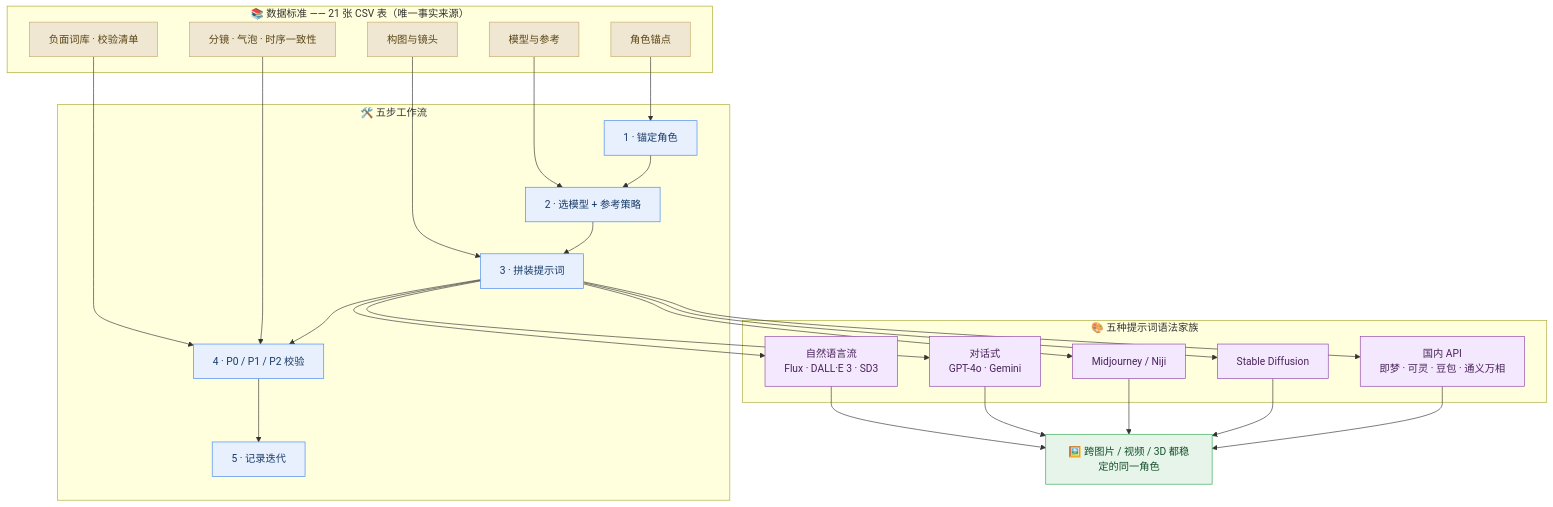
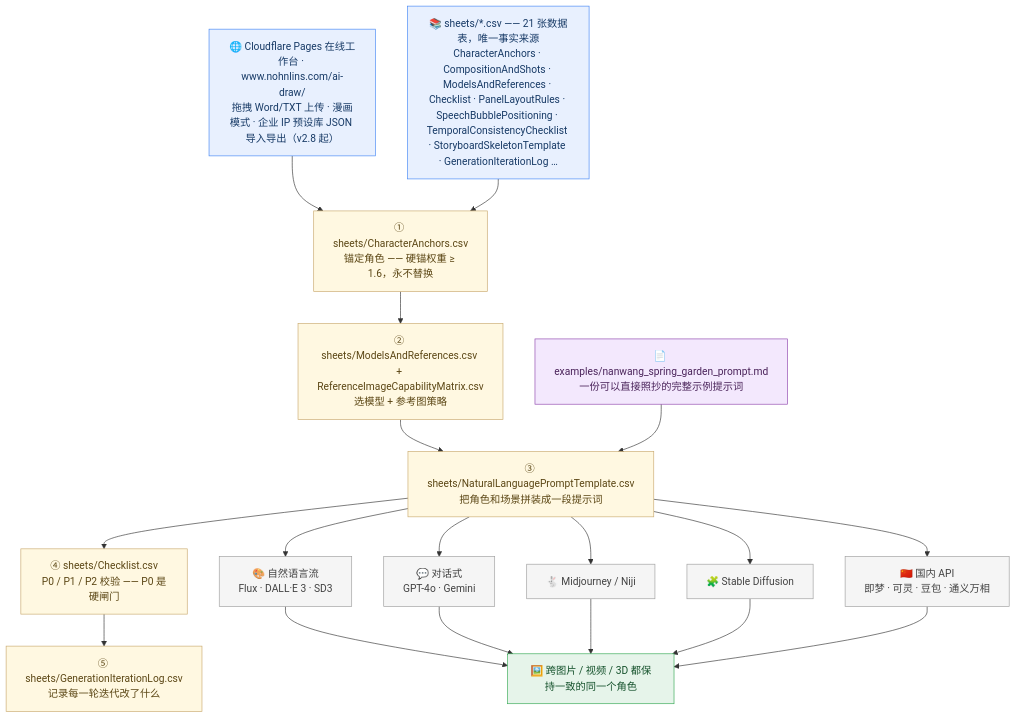
Before and after one commit to NOHN-AI/ai-draw: the diagram in README-zh.md, drawn with Mermaid. The commit also changed other lines of this file and 1 other file, not shown here.

Commit message:
docs: redraw architecture as a module-level flowchart (EN+ZH)

````diff
--- a/README-zh.md
+++ b/README-zh.md
@@ -35,57 +35,49 @@
 ```mermaid
 flowchart TB
-    subgraph DATA["📚 数据标准 —— 21 张 CSV 表（唯一事实来源）"]
-        D1["角色锚点"]
-        D2["构图与镜头"]
-        D3["模型与参考"]
-        D4["负面词库 · 校验清单"]
-        D5["分镜 · 气泡 · 时序一致性"]
-    end
+    WB["🌐 Cloudflare Pages 在线工作台 · www.nohnlins.com/ai-draw/<br/>拖拽 Word/TXT 上传 · 漫画模式 · 企业 IP 预设库 JSON 导入导出（v2.8 起）"]
+    DATA["📚 sheets/*.csv —— 21 张数据表，唯一事实来源<br/>CharacterAnchors · CompositionAndShots · ModelsAndReferences · Checklist · PanelLayoutRules · SpeechBubblePositioning · TemporalConsistencyChecklist · StoryboardSkeletonTemplate · GenerationIterationLog …"]
 
-    subgraph FLOW["🛠️ 五步工作流"]
-        S1["1 · 锚定角色"]
-        S2["2 · 选模型 + 参考策略"]
-        S3["3 · 拼装提示词"]
-        S4["4 · P0 / P1 / P2 校验"]
-        S5["5 · 记录迭代"]
-    end
+    S1["① sheets/CharacterAnchors.csv<br/>锚定角色 —— 硬锚权重 ≥ 1.6，永不替换"]
+    S2["② sheets/ModelsAndReferences.csv + ReferenceImageCapabilityMatrix.csv<br/>选模型 + 参考图策略"]
+    S3["③ sheets/NaturalLanguagePromptTemplate.csv<br/>把角色和场景拼装成一段提示词"]
+    S4["④ sheets/Checklist.csv<br/>P0 / P1 / P2 校验 —— P0 是硬闸门"]
+    S5["⑤ sheets/GenerationIterationLog.csv<br/>记录每一轮迭代改了什么"]
 
-    subgraph FAM["🎨 五种提示词语法家族"]
-        M1["自然语言流<br/>Flux · DALL·E 3 · SD3"]
-        M2["对话式<br/>GPT-4o · Gemini"]
-        M3["Midjourney / Niji"]
-        M4["Stable Diffusion"]
-        M5["国内 API<br/>即梦 · 可灵 · 豆包 · 通义万相"]
-    end
+    M1["🎨 自然语言流<br/>Flux · DALL·E 3 · SD3"]
+    M2["💬 对话式<br/>GPT-4o · Gemini"]
+    M3["🐇 Midjourney / Niji"]
+    M4["🧩 Stable Diffusion"]
+    M5["🇨🇳 国内 API<br/>即梦 · 可灵 · 豆包 · 通义万相"]
 
-    RESULT["🖼️ 跨图片 / 视频 / 3D 都稳定的同一角色"]
+    EX["📄 examples/nanwang_spring_garden_prompt.md<br/>一份可以直接照抄的完整示例提示词"]
+    RESULT["🖼️ 跨图片 / 视频 / 3D 都保持一致的同一个角色"]
 
-    D1 --> S1
-    D3 --> S2
-    D2 --> S3
-    D4 --> S4
-    D5 --> S4
+    WB --> S1
+    DATA --> S1
     S1 --> S2
     S2 --> S3
     S3 --> S4
     S4 --> S5
     S3 --> M1
     S3 --> M2
     S3 --> M3
     S3 --> M4
     S3 --> M5
     M1 --> RESULT
     M2 --> RESULT
     M3 --> RESULT
     M4 --> RESULT
     M5 --> RESULT
+    EX --> S3
 
-    classDef cData fill:#EFE7D2,stroke:#C9A96E,stroke-width:1px,color:#5B4614
-    classDef cFlow fill:#E8F0FE,stroke:#4285F4,stroke-width:1px,color:#173A66
-    classDef cFam fill:#F3E8FD,stroke:#8E44AD,stroke-width:1px,color:#4A235A
+    classDef cUp fill:#F5F5F5,stroke:#9E9E9E,stroke-width:1px,color:#424242
+    classDef cIn fill:#E8F0FE,stroke:#4285F4,stroke-width:1px,color:#173A66
+    classDef cCore fill:#FFF8E1,stroke:#C9A96E,stroke-width:1px,color:#5B4614
+    classDef cSide fill:#F3E8FD,stroke:#8E44AD,stroke-width:1px,color:#4A235A
     classDef cOut fill:#E6F4EA,stroke:#34A853,stroke-width:1px,color:#14512B
-    class D1,D2,D3,D4,D5 cData
-    class S1,S2,S3,S4,S5 cFlow
-    class M1,M2,M3,M4,M5 cFam
+    class WB,DATA cIn
+    class S1,S2,S3,S4,S5 cCore
+    class M1,M2,M3,M4,M5 cUp
+    class EX cSide
     class RESULT cOut
 ```
````
